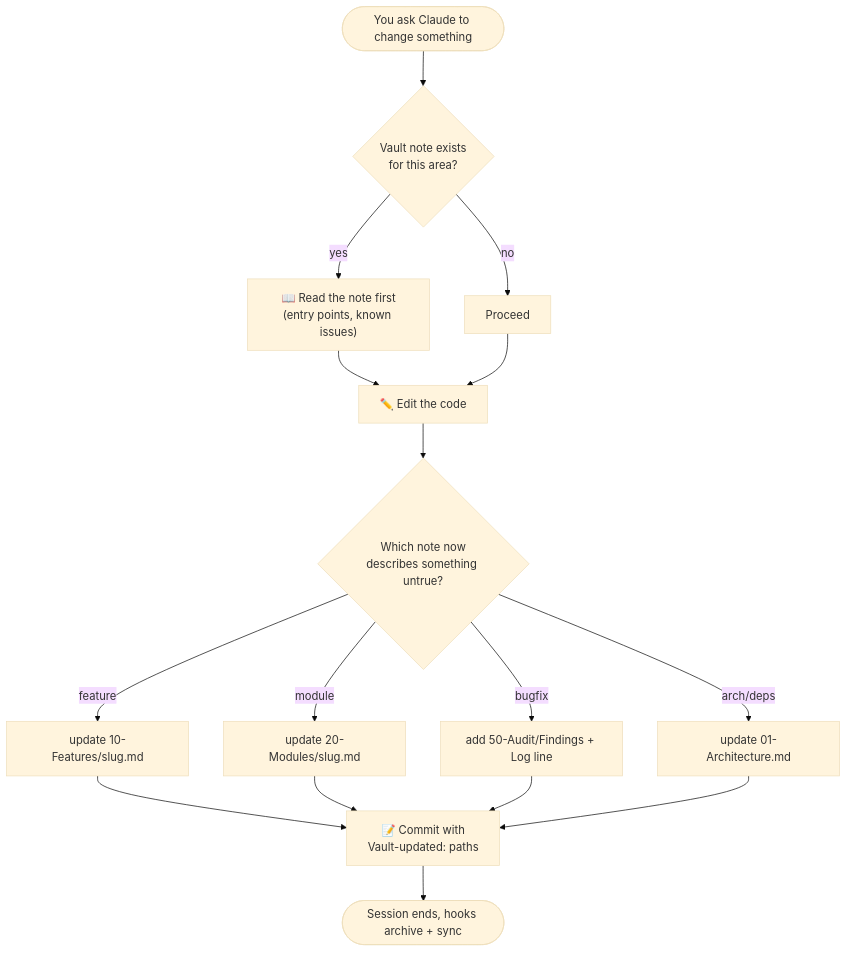
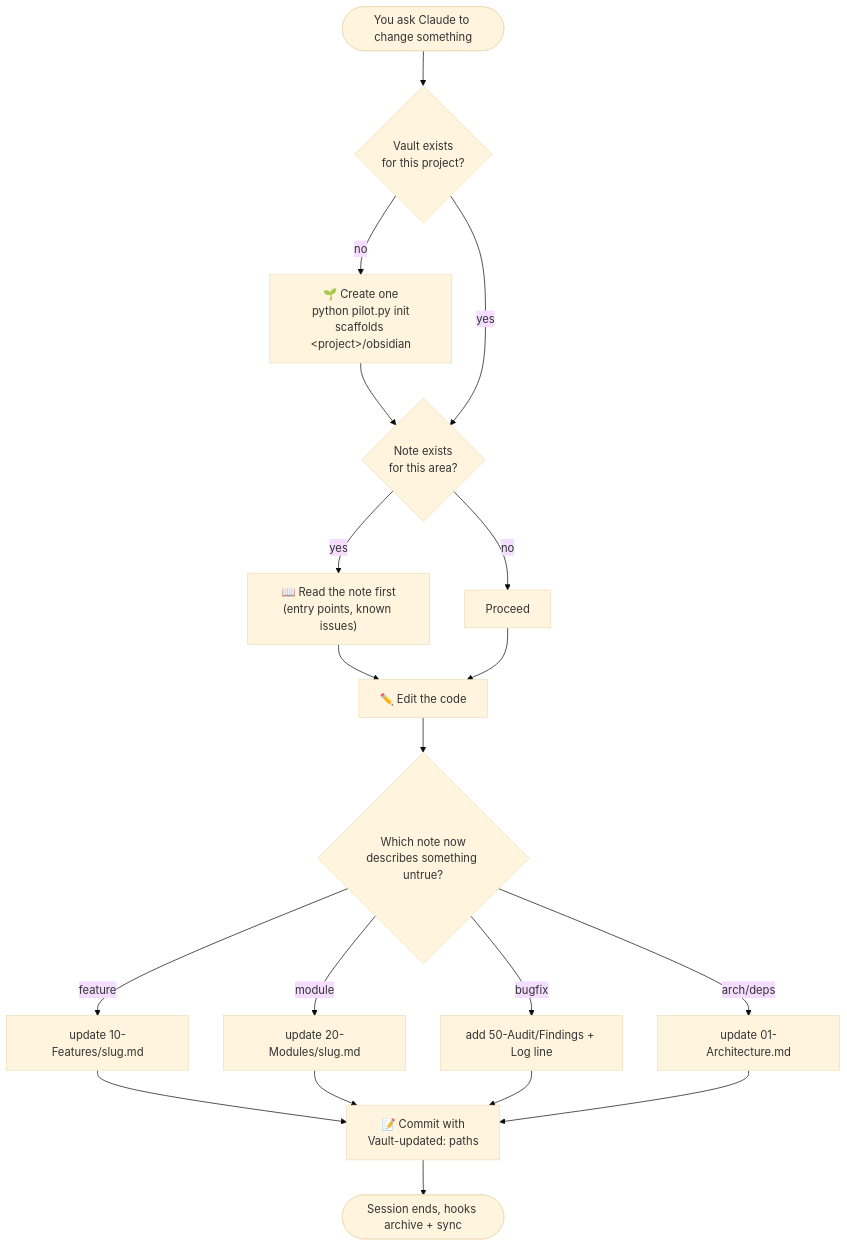
Before and after one commit to SuzumiyaHaruhi719/claude-autopilot-for-obsidian: the third of 5 diagrams in README.md, drawn with Mermaid (base theme). The commit also changed 1 other file, not shown here.

Commit message:
fix: workflow must create a vault when none exists
The dynamic-workflow diagram and SKILL.md jumped straight to 'does a note
exist?' and told Claude to stay dormant without a vault — contradicting the
whole point of auto-managing Obsidian. Now:
- README flowchart branches: no vault for this project -> run pilot.py init to
  scaffold one -> then proceed
- SKILL.md: creating a vault is step 0 of the workflow, not a stopping point

````diff
--- a/README.md
+++ b/README.md
@@ -135,18 +135,21 @@
 ```mermaid
 flowchart TD
-    Start([You ask Claude to change something]) --> Read{Vault note exists<br/>for this area?}
+    Start([You ask Claude to change something]) --> HasVault{Vault exists<br/>for this project?}
+    HasVault -- no --> Create["🌱 Create one<br/>python pilot.py init<br/>scaffolds &lt;project&gt;/obsidian"]
+    Create --> Read
+    HasVault -- yes --> Read{Note exists<br/>for this area?}
     Read -- yes --> ReadIt["📖 Read the note first<br/>(entry points, known issues)"]
     Read -- no --> Skip[Proceed]
     ReadIt --> Edit["✏️ Edit the code"]
     Skip --> Edit
     Edit --> Map{Which note now<br/>describes something untrue?}
     Map -->|feature| F["update 10-Features/slug.md"]
     Map -->|module| M["update 20-Modules/slug.md"]
     Map -->|bugfix| B["add 50-Audit/Findings + Log line"]
     Map -->|arch/deps| Arch["update 01-Architecture.md"]
     F --> Commit
     M --> Commit
     B --> Commit
     Arch --> Commit
     Commit["📝 Commit with<br/>Vault-updated: paths"] --> Stop([Session ends, hooks archive + sync])
 ```
````
